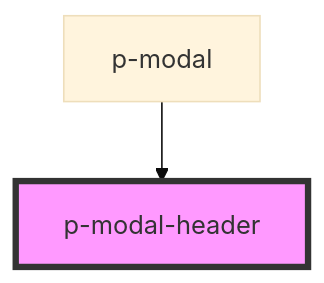
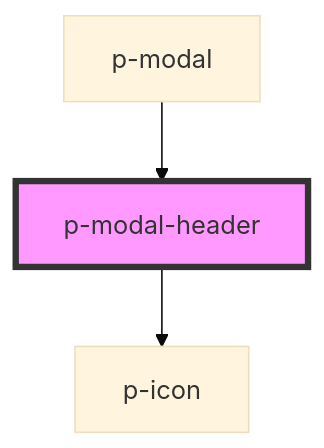
The diagram in packages/core/src/components/atoms/modal-header/readme.md (Employes/paperless), drawn with Mermaid (base theme) before and after one commit. The commit also changed other lines of this file and 13 other files, not shown here.

````diff
--- a/packages/core/src/components/atoms/modal-header/readme.md
+++ b/packages/core/src/components/atoms/modal-header/readme.md
@@ -21,5 +39,6 @@
 ```mermaid
 graph TD;
+  p-modal-header --> p-icon
   p-modal --> p-modal-header
   style p-modal-header fill:#f9f,stroke:#333,stroke-width:4px
 ```
````
